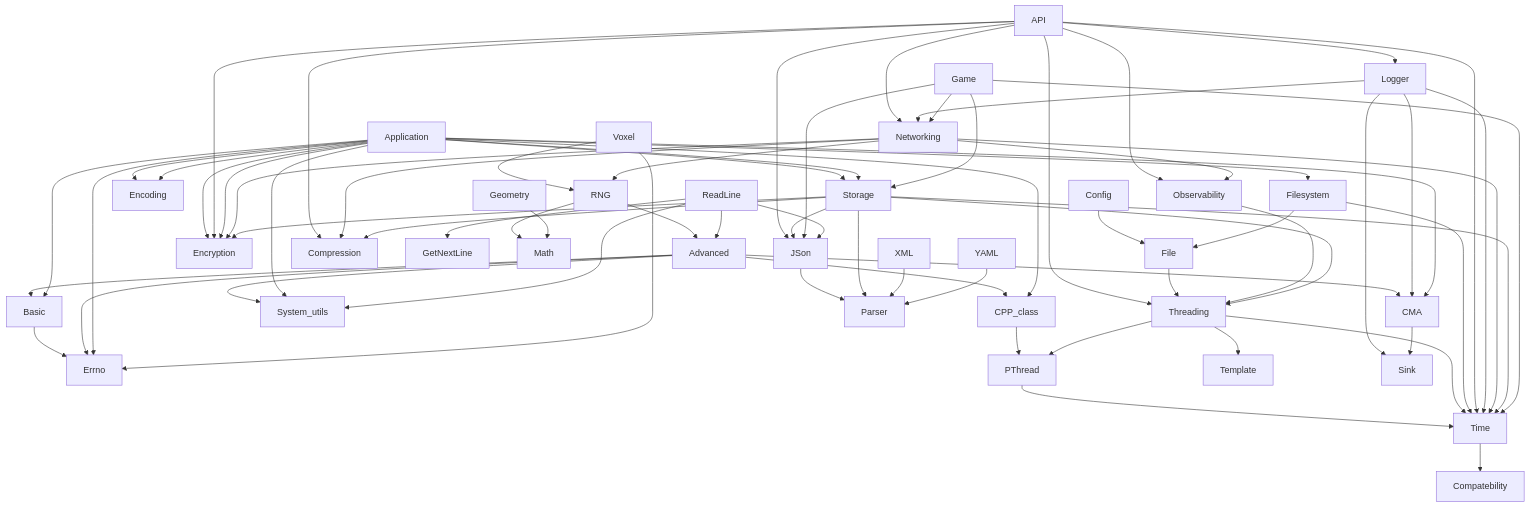
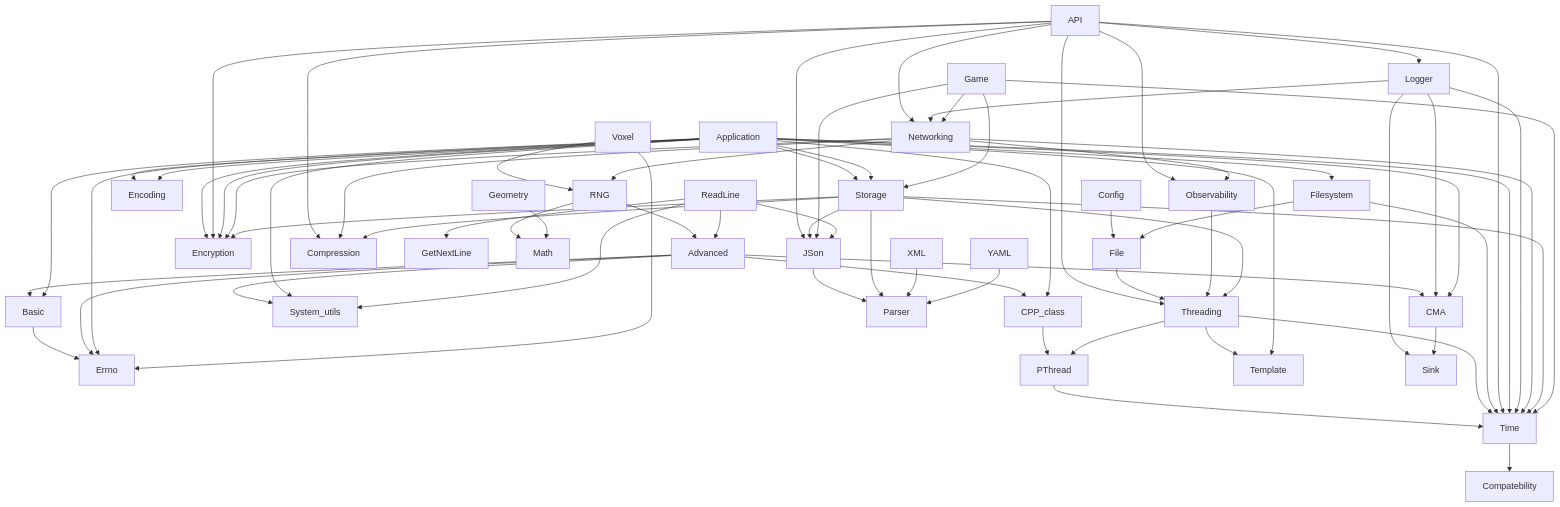
The diagram in Docs/module_dependency_graph.md (Adyem/Libft), drawn with Mermaid before and after one commit. The commit also changed other lines of this file and 6 other files, not shown here.

````diff
--- a/Docs/module_dependency_graph.md
+++ b/Docs/module_dependency_graph.md
@@ -94,72 +94,74 @@
 ```mermaid
 graph TD
     Basic --> Errno
     Advanced --> Basic
     Advanced --> CPP_class
     Advanced --> CMA
     Advanced --> Errno
     Advanced --> System_utils
     CPP_class --> PThread
     PThread --> Time
     Threading --> PThread
     Threading --> Template
     Threading --> Time
     Time --> Compatebility
     Configuration[Config] --> File
     API --> Threading
     Application --> Storage
     Application --> Encryption
     Application --> Encoding
     File --> Threading
     Filesystem --> File
     Filesystem --> Time
     JSon --> Parser
     API --> Compression
     API --> Encryption
     API --> JSon
     API --> Logger
     Logger --> CMA
     API --> Networking
     API --> Observability
     API --> Time
     Application --> Basic
     Application --> CMA
     Application --> CPP_class
     Application --> Errno
     Application --> Encoding
     Application --> Encryption
     Application --> Filesystem
     Application --> Storage
     Application --> System_utils
+    Application --> Template
+    Application --> Time
     Observability --> Threading
     Logger --> Sink
     CMA --> Sink
     Logger --> Networking
     Logger --> Time
     Voxel --> Errno
     Voxel --> RNG
     RNG --> Advanced
     Networking --> Compression
     Networking --> Encryption
     Networking --> Observability
     Networking --> RNG
     Networking --> Time
     Storage --> Compression
     Storage --> Encryption
     Storage --> JSon
     Storage --> Parser
     Storage --> Time
     Storage --> Threading
     Game --> JSon
     Game --> Networking
     Game --> Storage
     Game --> Time
     ReadLine --> Advanced
     ReadLine --> GetNextLine
     ReadLine --> JSon
     ReadLine --> System_utils
     RNG --> Math
     Geometry --> Math
     XML --> Parser
     YAML --> Parser
 ```
````
